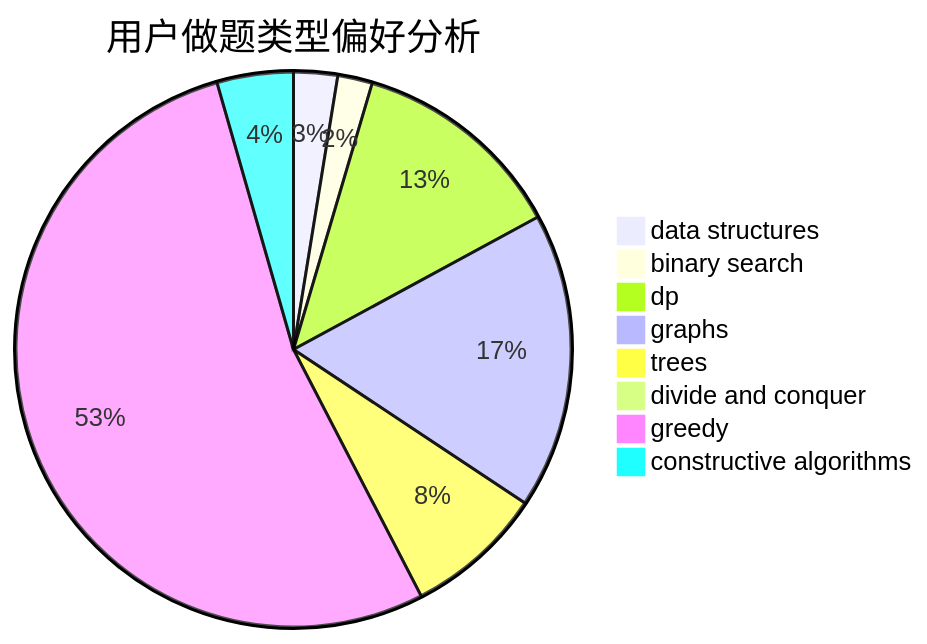
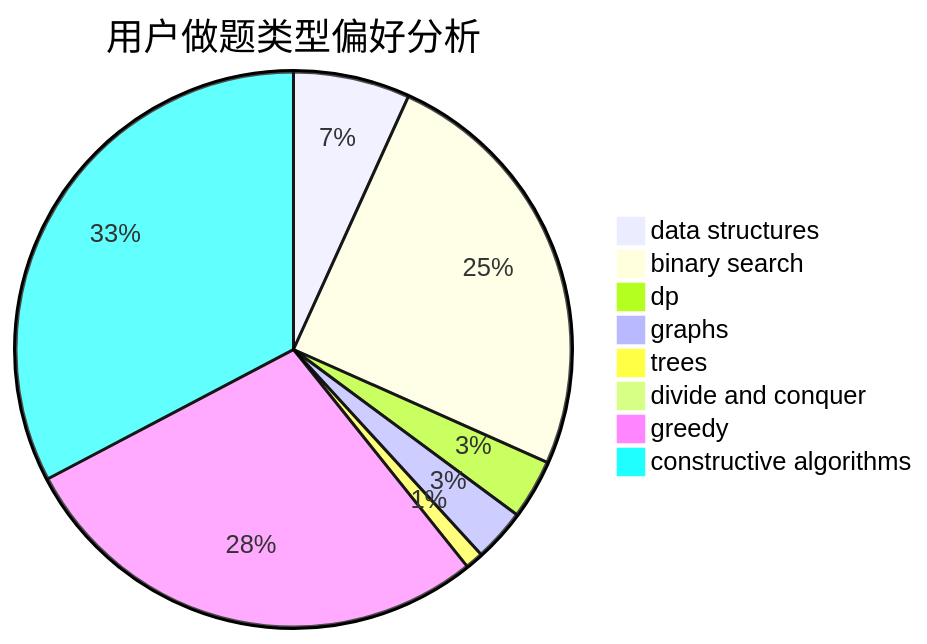
One commit to sherpahu/cfrs.github.io changed the second of 3 diagrams in docs/user/u957.md. Above: the diagram before and after it, drawn with Mermaid. The commit also changed other lines of this file and 2770 other files, not shown here.

````diff
--- a/docs/user/u957.md
+++ b/docs/user/u957.md
@@ -23,11 +23,11 @@
 ```mermaid
 pie title 用户做题类型偏好分析
-    "data structures" :  19
-    "binary search" :  15
-    "dp" :  93
-    "graphs" :  128
-    "trees" :  60
+    "data structures" :  84
+    "binary search" :  308
+    "dp" :  43
+    "graphs" :  38
+    "trees" :  13
     "divide and conquer" :  0
-    "greedy" :  395
-    "constructive algorithms" :  33
+    "greedy" :  347
+    "constructive algorithms" :  405
 ```
````
